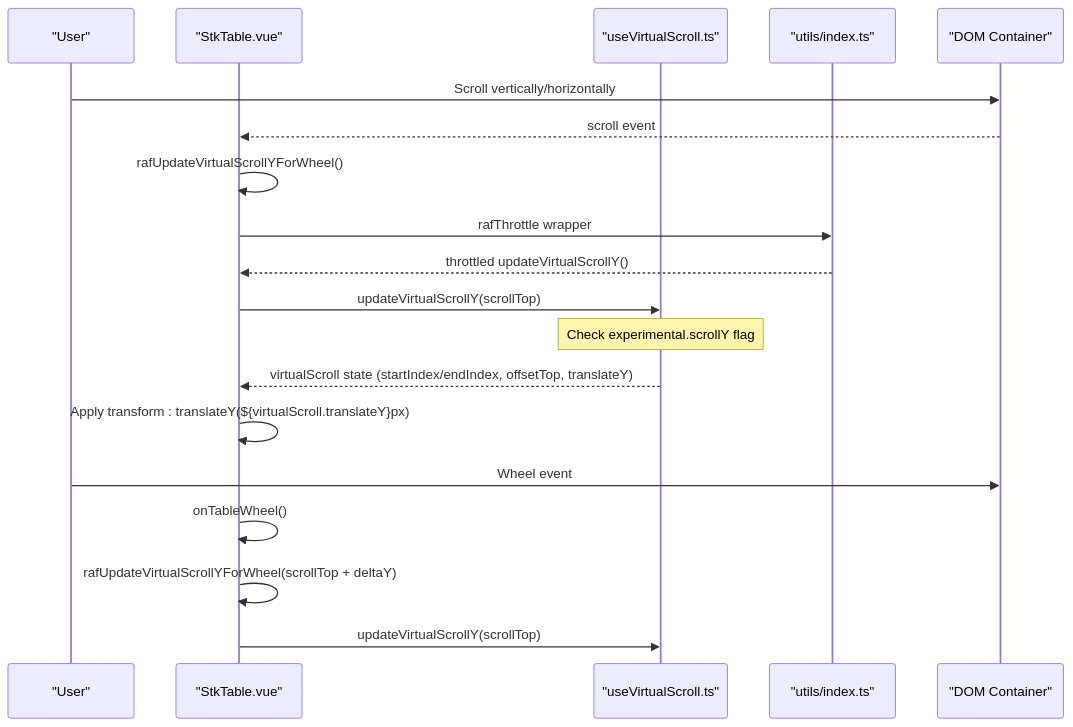
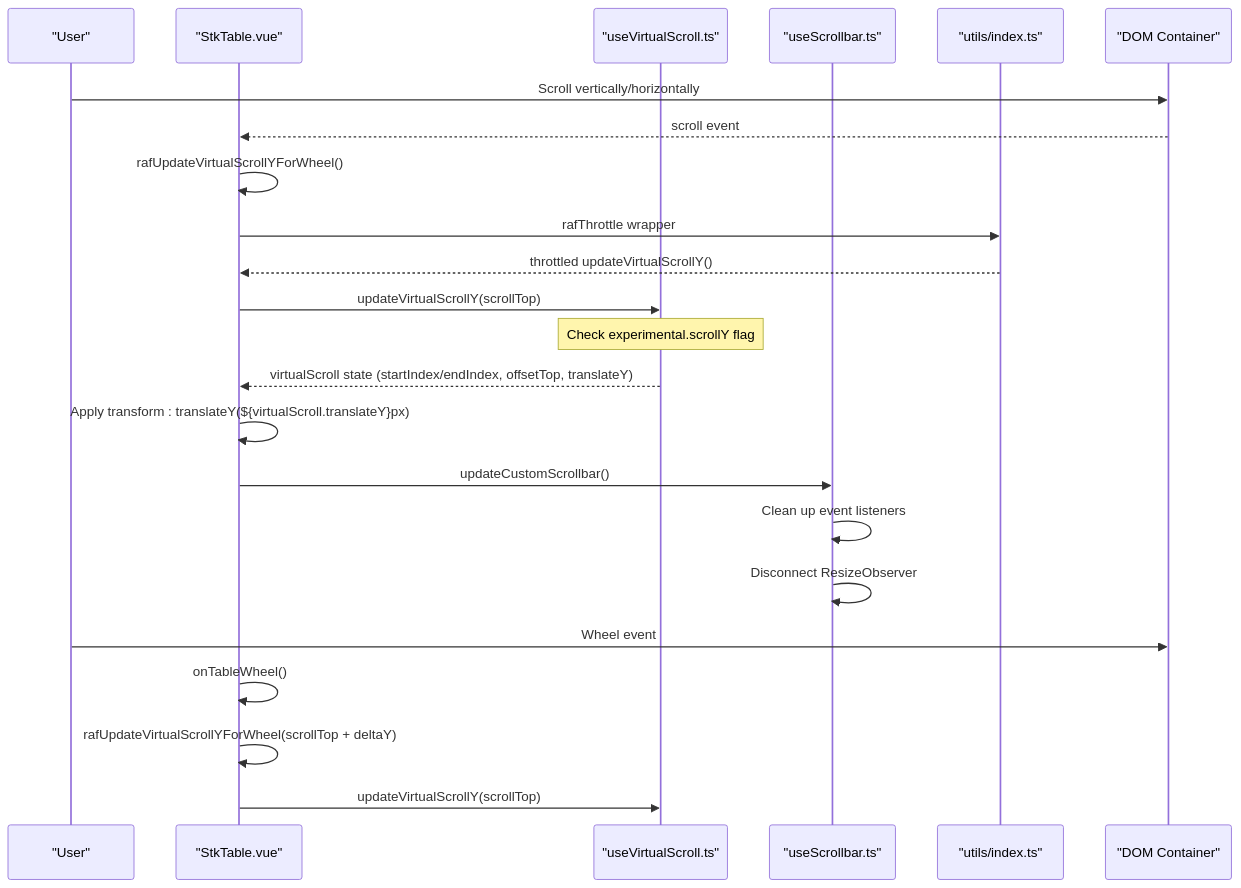
Before and after one commit to ja-plus/stk-table-vue: the second of 6 diagrams in .qoder/repowiki/en/content/Core Concepts/Virtual Scrolling/Virtual Scroll Configuration.md, drawn with Mermaid. The commit also changed other lines of this file and 3 other files, not shown here.

````diff
--- a/.qoder/repowiki/en/content/Core Concepts/Virtual Scrolling/Virtual Scroll Configuration.md
+++ b/.qoder/repowiki/en/content/Core Concepts/Virtual Scrolling/Virtual Scroll Configuration.md
@@ -107,21 +123,25 @@
 ```mermaid
 sequenceDiagram
 participant User as "User"
 participant Table as "StkTable.vue"
 participant Hook as "useVirtualScroll.ts"
+participant Scrollbar as "useScrollbar.ts"
 participant Utils as "utils/index.ts"
 participant DOM as "DOM Container"
 User->>DOM : Scroll vertically/horizontally
 DOM-->>Table : scroll event
 Table->>Table : rafUpdateVirtualScrollYForWheel()
 Table->>Utils : rafThrottle wrapper
 Utils-->>Table : throttled updateVirtualScrollY()
 Table->>Hook : updateVirtualScrollY(scrollTop)
 Note over Hook : Check experimental.scrollY flag
 Hook-->>Table : virtualScroll state (startIndex/endIndex, offsetTop, translateY)
 Table->>Table : Apply transform : translateY(${virtualScroll.translateY}px)
+Table->>Scrollbar : updateCustomScrollbar()
+Scrollbar->>Scrollbar : Clean up event listeners
+Scrollbar->>Scrollbar : Disconnect ResizeObserver
 User->>DOM : Wheel event
 Table->>Table : onTableWheel()
 Table->>Table : rafUpdateVirtualScrollYForWheel(scrollTop + deltaY)
 Table->>Hook : updateVirtualScrollY(scrollTop)
 ```
````
